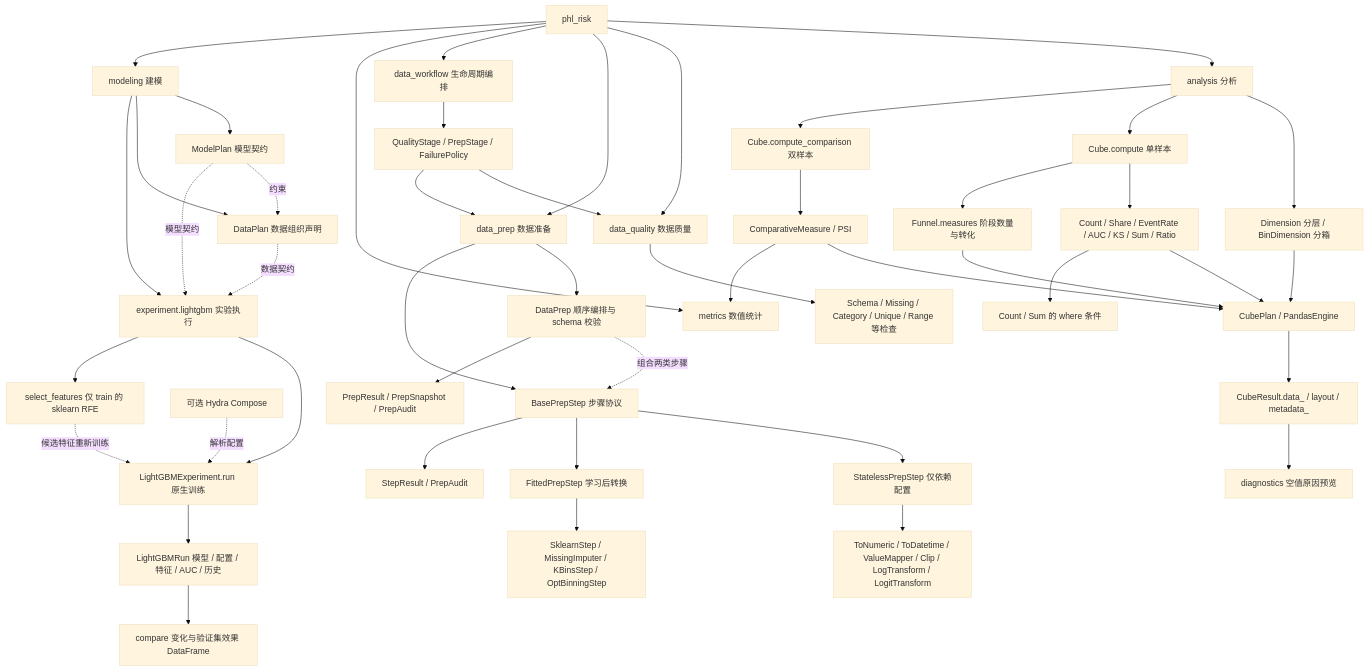
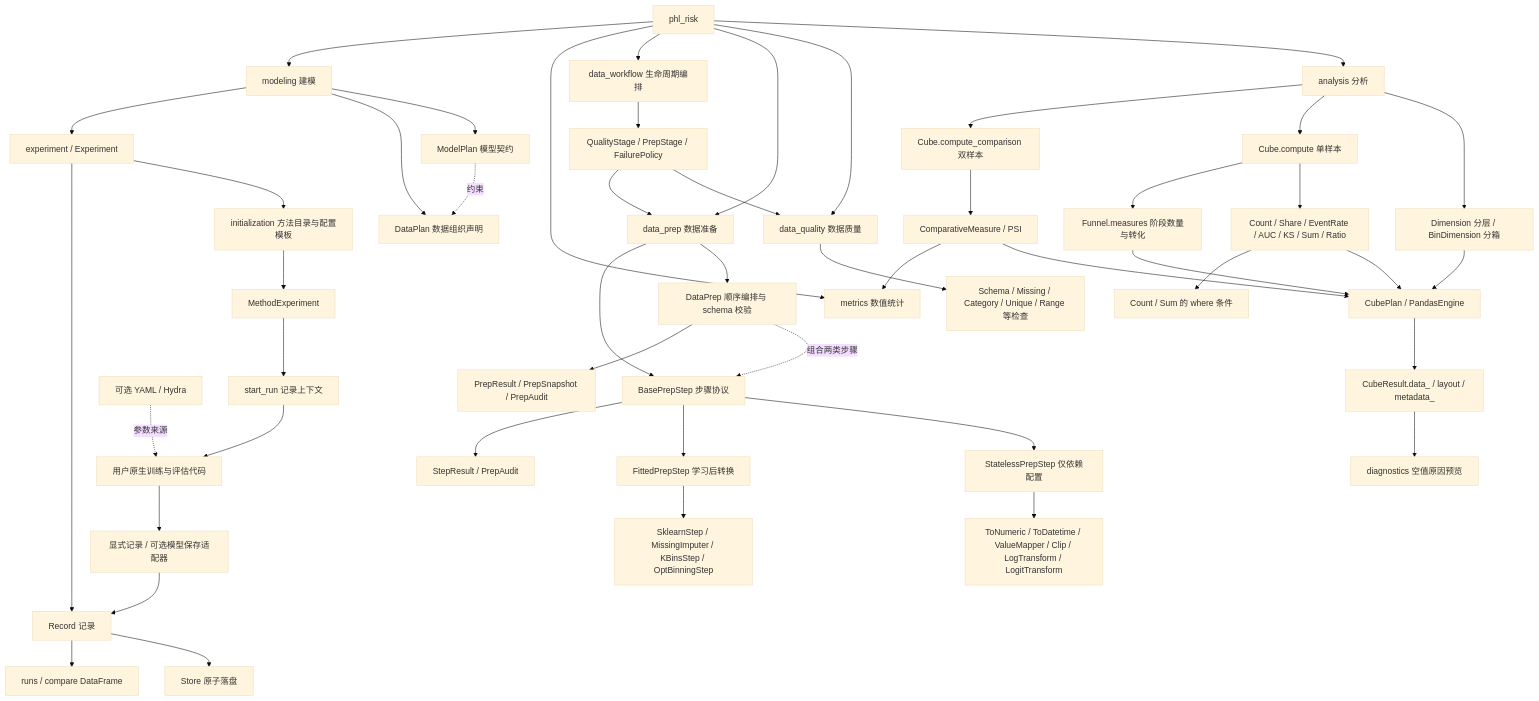
One commit to TaoXue-99/phi_risk changed the first of 3 diagrams in README.md. Above: the diagram before and after it, drawn with Mermaid (base theme). The commit also changed other lines of this file and 111 other files, not shown here.

````diff
--- a/README.md
+++ b/README.md
@@ -9,48 +9,50 @@
 ```mermaid
 flowchart TD
     P[phl_risk] --> A[analysis 分析]
     P --> Q[data_quality 数据质量]
     P --> T[data_prep 数据准备]
     P --> W[data_workflow 生命周期编排]
     P --> M[metrics 数值统计]
     P --> MP[modeling 建模]
     MP --> MPL[ModelPlan 模型契约]
     MP --> DPL[DataPlan 数据组织声明]
     MPL -. 约束 .-> DPL
-    MP --> EX[experiment.lightgbm 实验执行]
-    MPL -. 模型契约 .-> EX
-    DPL -. 数据契约 .-> EX
-    EX --> LE[LightGBMExperiment.run 原生训练]
-    LE --> LR[LightGBMRun 模型 / 配置 / 特征 / AUC / 历史]
-    EX --> RF[select_features 仅 train 的 sklearn RFE]
-    RF -. 候选特征重新训练 .-> LE
-    LR --> CP[compare 变化与验证集效果 DataFrame]
-    HY[可选 Hydra Compose] -. 解析配置 .-> LE
+    MP --> EX[experiment / Experiment]
+    EX --> INIT[initialization 方法目录与配置模板]
+    INIT --> METHOD[MethodExperiment]
+    METHOD --> SESSION[start_run 记录上下文]
+    SESSION --> NATIVE[用户原生训练与评估代码]
+    EX --> REC[Record 记录]
+    NATIVE --> SAVE[显式记录 / 可选模型保存适配器]
+    SAVE --> REC
+    REC --> STORE[Store 原子落盘]
+    REC --> VIEW[runs / compare DataFrame]
+    HY[可选 YAML / Hydra] -. 参数来源 .-> NATIVE
     A --> D[Dimension 分层 / BinDimension 分箱]
     A --> S[Cube.compute 单样本]
     A --> C[Cube.compute_comparison 双样本]
     S --> SM[Count / Share / EventRate / AUC / KS / Sum / Ratio]
     S --> F[Funnel.measures 阶段数量与转化]
     C --> CM[ComparativeMeasure / PSI]
     Q --> QC[Schema / Missing / Category / Unique / Range 等检查]
     T --> DP[DataPrep 顺序编排与 schema 校验]
     T --> PB[BasePrepStep 步骤协议]
     PB --> SP[StatelessPrepStep 仅依赖配置]
     PB --> FP[FittedPrepStep 学习后转换]
     SP --> SS[ToNumeric / ToDatetime / ValueMapper / Clip / LogTransform / LogitTransform]
     FP --> FS[SklearnStep / MissingImputer / KBinsStep / OptBinningStep]
     DP -. 组合两类步骤 .-> PB
     DP --> PR[PrepResult / PrepSnapshot / PrepAudit]
     PB --> SR[StepResult / PrepAudit]
     W --> QS[QualityStage / PrepStage / FailurePolicy]
     QS --> Q
     QS --> T
     D --> E[CubePlan / PandasEngine]
     SM --> E
     F --> E
     CM --> E
     E --> R[CubeResult.data_ / layout / metadata_]
     SM --> WH[Count / Sum 的 where 条件]
     R --> DI[diagnostics 空值原因预览]
     CM --> M
 ```
````
